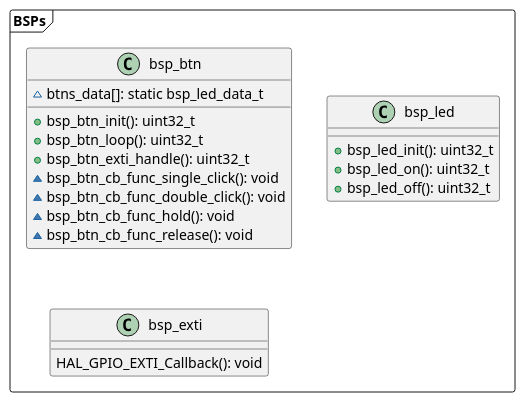
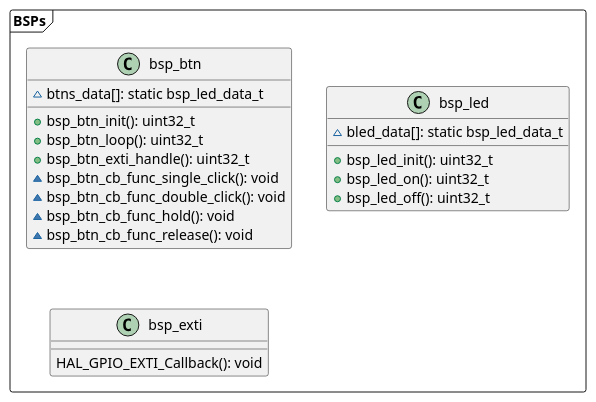
One commit to minh2002sn/led_control changed the diagram in docs/architecture_bsps.wsd. Above: the diagram before and after it, drawn with PlantUML. The commit also changed 7 other files, not shown here.

Commit message:
update(docs): Update plantuml files and output images

```diff
--- a/docs/architecture_bsps.wsd
+++ b/docs/architecture_bsps.wsd
@@ -1,29 +1,30 @@
 @startuml
 
 package BSPs <<Frame>> {
   class bsp_btn
   {
     ~btns_data[]: static bsp_led_data_t
     +bsp_btn_init(): uint32_t
     +bsp_btn_loop(): uint32_t
     +bsp_btn_exti_handle(): uint32_t
     ~bsp_btn_cb_func_single_click(): void
     ~bsp_btn_cb_func_double_click(): void
     ~bsp_btn_cb_func_hold(): void
     ~bsp_btn_cb_func_release(): void
   }
   
   class bsp_led
   {
+    ~bled_data[]: static bsp_led_data_t
     +bsp_led_init(): uint32_t
     +bsp_led_on(): uint32_t
     +bsp_led_off(): uint32_t
   }
 
   class bsp_exti
   {
     HAL_GPIO_EXTI_Callback(): void
   }
 }
 
 @enduml
```
